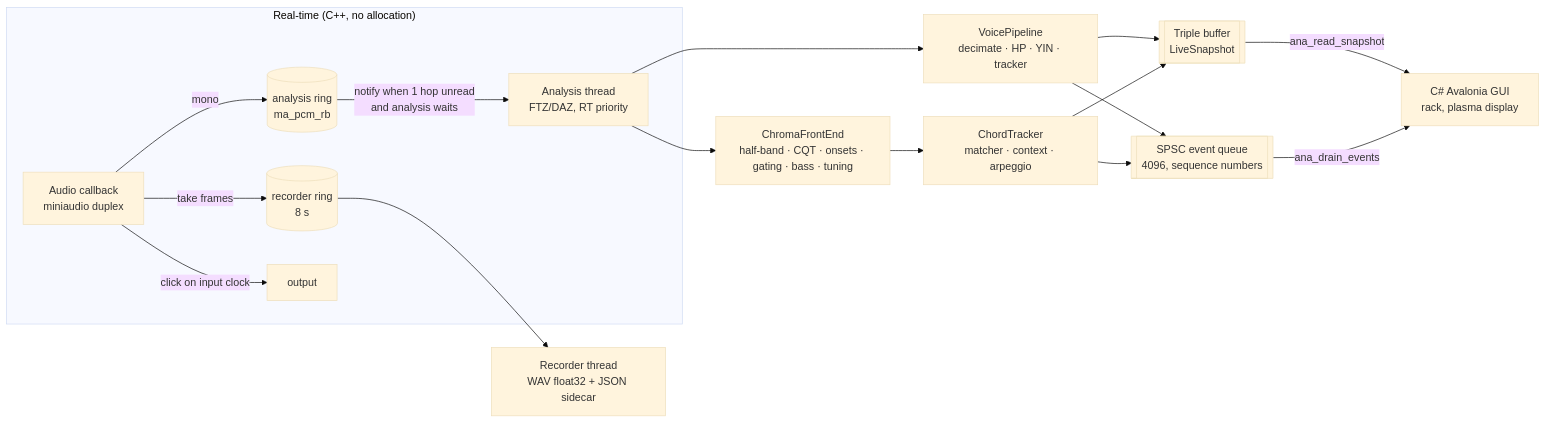
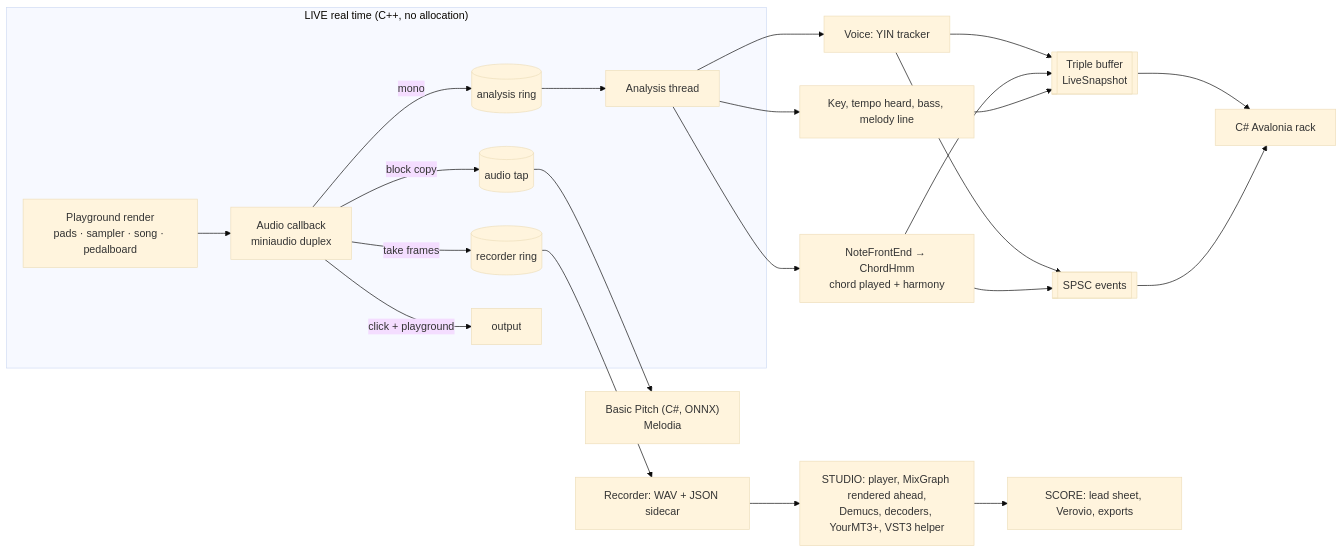
One commit to rytsan/dissonancia changed the diagram in docs/IMPLEMENTATION.md. Above: the diagram before and after it, drawn with Mermaid (base theme). The commit also changed other lines of this file and 9 other files, not shown here.

````diff
--- a/docs/IMPLEMENTATION.md
+++ b/docs/IMPLEMENTATION.md
@@ -21,19 +155,22 @@
 ```mermaid
 flowchart LR
-    subgraph RT["Real-time (C++, no allocation)"]
-        CB["Audio callback<br/>miniaudio duplex"] -->|mono| AR[(analysis ring<br/>ma_pcm_rb)]
-        CB -->|take frames| RR[(recorder ring<br/>8 s)]
-        CB -->|click on input clock| OUT[output]
-        AR -->|notify when 1 hop unread<br/>and analysis waits| AT["Analysis thread<br/>FTZ/DAZ, RT priority"]
+    subgraph RT["LIVE real time (C++, no allocation)"]
+        CB["Audio callback<br/>miniaudio duplex"] -->|mono| AR[(analysis ring)]
+        CB -->|take frames| RR[(recorder ring)]
+        CB -->|block copy| AT2[(audio tap)]
+        PG["Playground render<br/>pads · sampler · song · pedalboard"] --> CB
+        CB -->|click + playground| OUT[output]
+        AR --> AT["Analysis thread"]
     end
-    AT --> V["VoicePipeline<br/>decimate · HP · YIN · tracker"]
-    AT --> C["ChromaFrontEnd<br/>half-band · CQT · onsets · gating · bass · tuning"]
-    C --> T["ChordTracker<br/>matcher · context · arpeggio"]
-    V --> TB[[Triple buffer<br/>LiveSnapshot]]
-    T --> TB
-    V --> EQ[[SPSC event queue<br/>4096, sequence numbers]]
-    T --> EQ
-    RR --> REC["Recorder thread<br/>WAV float32 + JSON sidecar"]
-    TB -->|ana_read_snapshot| GUI["C# Avalonia GUI<br/>rack, plasma display"]
-    EQ -->|ana_drain_events| GUI
+    AT --> V["Voice: YIN tracker"]
+    AT --> N["NoteFrontEnd → ChordHmm<br/>chord played + harmony"]
+    AT --> K["Key, tempo heard, bass, melody line"]
+    V & N & K --> TB[[Triple buffer<br/>LiveSnapshot]]
+    V & N --> EQ[[SPSC events]]
+    RR --> REC["Recorder: WAV + JSON sidecar"]
+    AT2 --> BP["Basic Pitch (C#, ONNX)<br/>Melodia"]
+    TB --> GUI["C# Avalonia rack"]
+    EQ --> GUI
+    REC --> ST["STUDIO: player, MixGraph rendered ahead,<br/>Demucs, decoders, YourMT3+, VST3 helper"]
+    ST --> SC["SCORE: lead sheet, Verovio, exports"]
 ```
````
